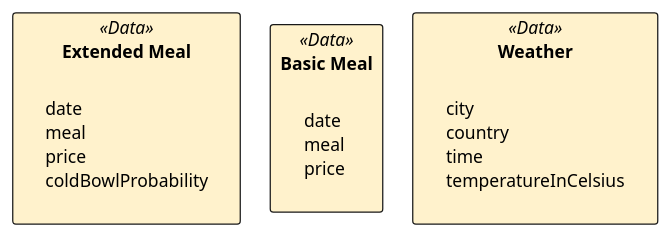
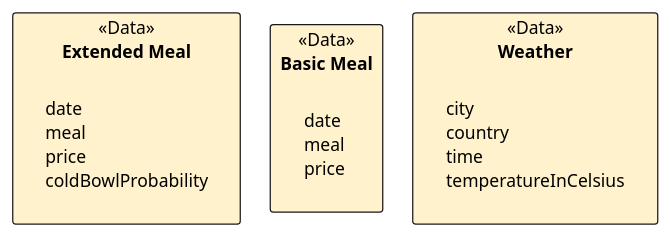
The diagram in what2eat/2.2-domain-model.plantuml (YanChunChang/BA_Plantuml), drawn with PlantUML before and after one commit. The commit also changed 5 other files, not shown here.

```diff
--- a/what2eat/2.2-domain-model.plantuml
+++ b/what2eat/2.2-domain-model.plantuml
@@ -1,15 +1,18 @@
 @startuml domain model
+skinparam rectangle {
+    FontStyle normal
+}
 
-rectangle "Extended Meal" <<Data>> as a #fff2cc{
+rectangle "**Extended Meal**" <<Data>> as a #fff2cc{
     label "date \nmeal \nprice \ncoldBowlProbability"
 }
 
-rectangle "Basic Meal" <<Data>> as b #fff2cc{
+rectangle "**Basic Meal**" <<Data>> as b #fff2cc{
     label "date \nmeal \nprice"
 }
 
-rectangle "Weather" <<Data>> as c #fff2cc{
+rectangle "**Weather**" <<Data>> as c #fff2cc{
     label "city \ncountry \ntime \ntemperatureInCelsius"
 }
 
 @enduml
```
